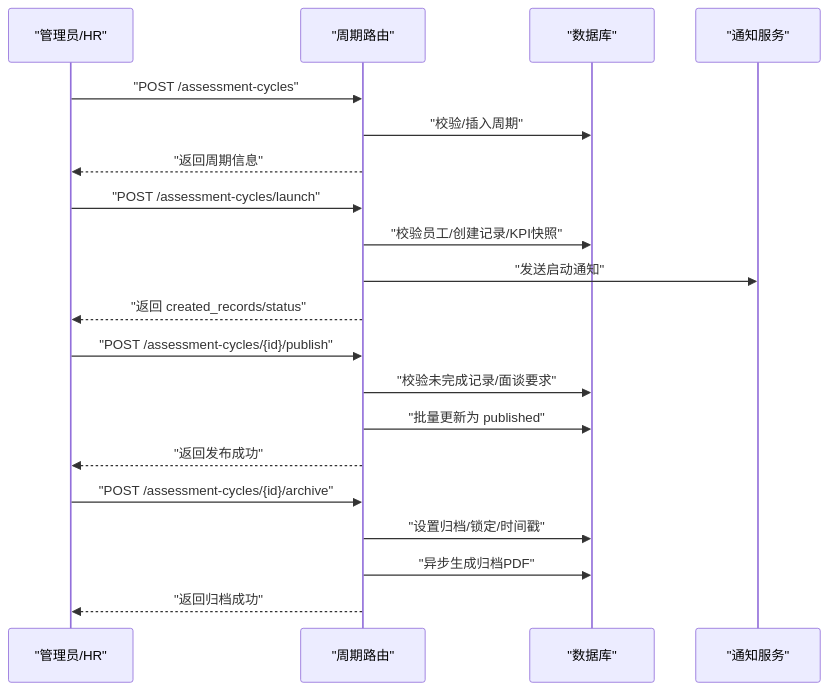
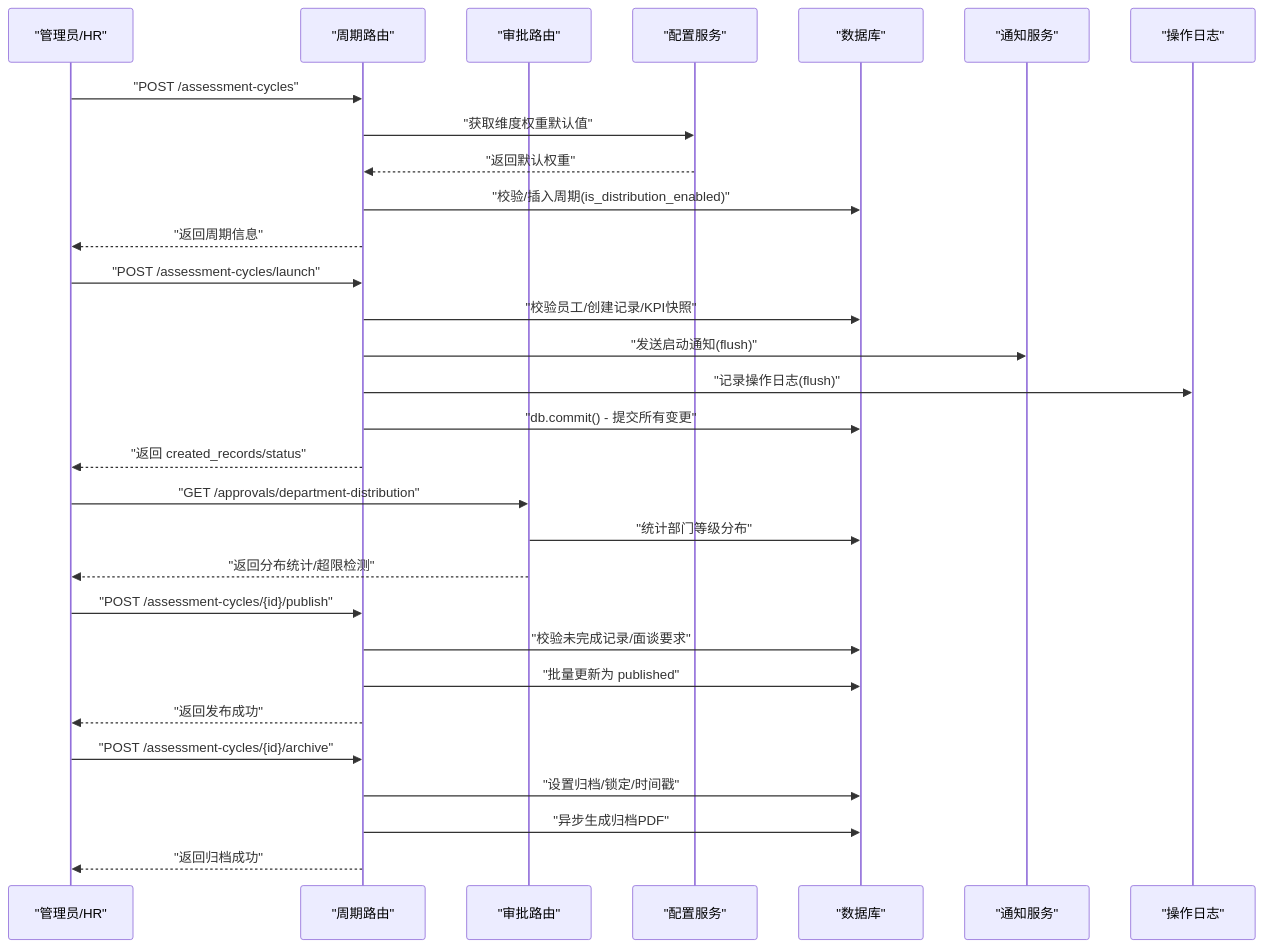
One commit to xgd561/performance_evaluation_system changed the ninth of 13 diagrams in .qoder/repowiki/zh/content/考核周期管理/考核周期管理.md. Above: the diagram before and after it, drawn with Mermaid. The commit also changed other lines of this file and 136 other files, not shown here.

````diff
--- a/.qoder/repowiki/zh/content/考核周期管理/考核周期管理.md
+++ b/.qoder/repowiki/zh/content/考核周期管理/考核周期管理.md
@@ -187,22 +409,32 @@
 ```mermaid
 sequenceDiagram
 participant Admin as "管理员/HR"
 participant API as "周期路由"
+participant Approvals as "审批路由"
+participant ConfigSvc as "配置服务"
 participant DB as "数据库"
 participant Notify as "通知服务"
+participant OpLog as "操作日志"
 Admin->>API : "POST /assessment-cycles"
-API->>DB : "校验/插入周期"
+API->>ConfigSvc : "获取维度权重默认值"
+ConfigSvc-->>API : "返回默认权重"
+API->>DB : "校验/插入周期(is_distribution_enabled)"
 API-->>Admin : "返回周期信息"
 Admin->>API : "POST /assessment-cycles/launch"
 API->>DB : "校验员工/创建记录/KPI快照"
-API->>Notify : "发送启动通知"
+API->>Notify : "发送启动通知(flush)"
+API->>OpLog : "记录操作日志(flush)"
+API->>DB : "db.commit() - 提交所有变更"
 API-->>Admin : "返回 created_records/status"
+Admin->>Approvals : "GET /approvals/department-distribution"
+Approvals->>DB : "统计部门等级分布"
+Approvals-->>Admin : "返回分布统计/超限检测"
 Admin->>API : "POST /assessment-cycles/{id}/publish"
 API->>DB : "校验未完成记录/面谈要求"
 API->>DB : "批量更新为 published"
 API-->>Admin : "返回发布成功"
 Admin->>API : "POST /assessment-cycles/{id}/archive"
 API->>DB : "设置归档/锁定/时间戳"
 API->>DB : "异步生成归档PDF"
 API-->>Admin : "返回归档成功"
 ```
````
